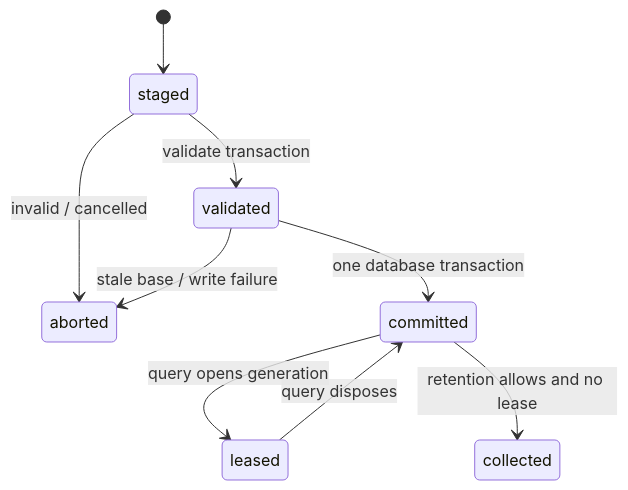
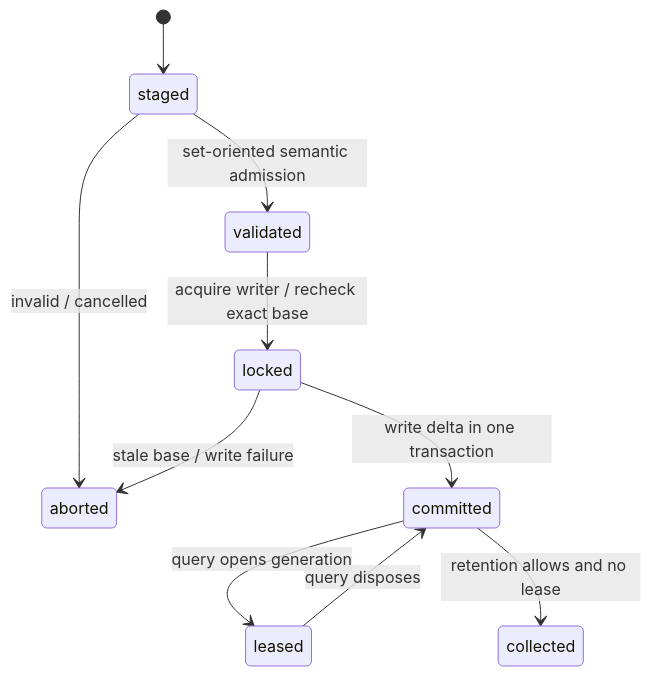
Before and after one commit to astrale-os/exp-codegraph: the diagram in analysis/sqlite/.spec/architecture.md, drawn with Mermaid. The commit also changed other lines of this file and 8 other files, not shown here.

````diff
--- a/analysis/sqlite/.spec/architecture.md
+++ b/analysis/sqlite/.spec/architecture.md
@@ -18,11 +18,12 @@
 ```mermaid
 stateDiagram-v2
   [*] --> staged
-  staged --> validated: validate transaction
+  staged --> validated: set-oriented semantic admission
   staged --> aborted: invalid / cancelled
-  validated --> committed: one database transaction
-  validated --> aborted: stale base / write failure
+  validated --> locked: acquire writer / recheck exact base
+  locked --> committed: write delta in one transaction
+  locked --> aborted: stale base / write failure
   committed --> leased: query opens generation
   leased --> committed: query disposes
   committed --> collected: retention allows and no lease
 ```
````
